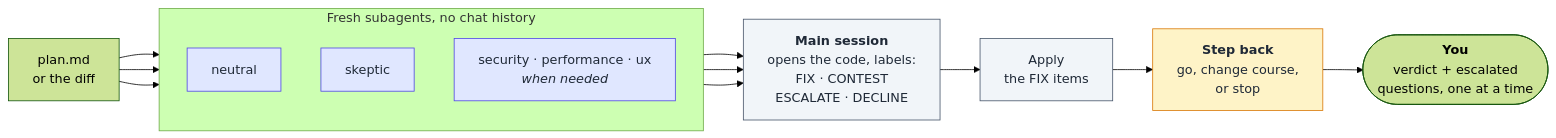
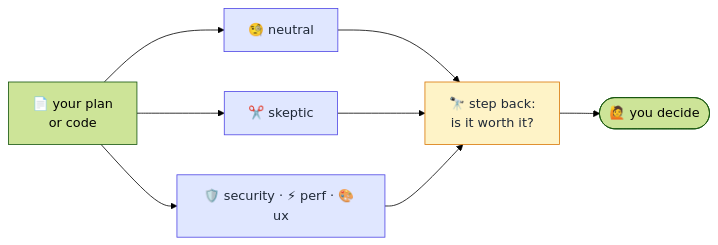
The second of 2 diagrams in README.md (urza/devs), drawn with Mermaid (forest theme) before and after one commit. The commit also changed other lines of this file and 1 other file, not shown here.

First line of the commit message:
Simplify the README diagrams for a quick first look

````diff
--- a/README.md
+++ b/README.md
@@ -65,26 +41,10 @@
 ```mermaid
-%%{init: {"flowchart": {"wrappingWidth": 260}}}%%
 flowchart LR
-    target["plan.md<br/>or the diff"]
-    subgraph fresh ["Fresh subagents, no chat history"]
-        direction TB
-        neutral["neutral"]
-        skeptic["skeptic"]
-        lenses["security · performance · ux<br/><i>when needed</i>"]
-    end
-    sort["<b>Main session</b><br/>opens the code, labels:<br/>FIX · CONTEST<br/>ESCALATE · DECLINE"]
-    fix["Apply<br/>the FIX items"]
-    stepback["<b>Step back</b><br/>go, change course,<br/>or stop"]
-    you(["<b>You</b><br/>verdict + escalated<br/>questions, one at a time"])
-
-    target --> neutral & skeptic & lenses
-    neutral & skeptic & lenses --> sort
-    sort --> fix --> stepback --> you
+    work["📄 your plan<br/>or code"] --> neutral["🧐 neutral"] & skeptic["✂️ skeptic"] & lenses["🛡️ security · ⚡ perf · 🎨 ux"]
+    neutral & skeptic & lenses --> stepback["🔭 step back:<br/>is it worth it?"] --> you(["🙋 you decide"])
 
     classDef review fill:#e0e7ff,stroke:#4f46e5,color:#1f2937
     classDef think fill:#fef3c7,stroke:#d97706,color:#1f2937
-    classDef main fill:#f1f5f9,stroke:#475569,color:#1f2937
     class neutral,skeptic,lenses review
     class stepback think
-    class sort,fix main
 ```
````
